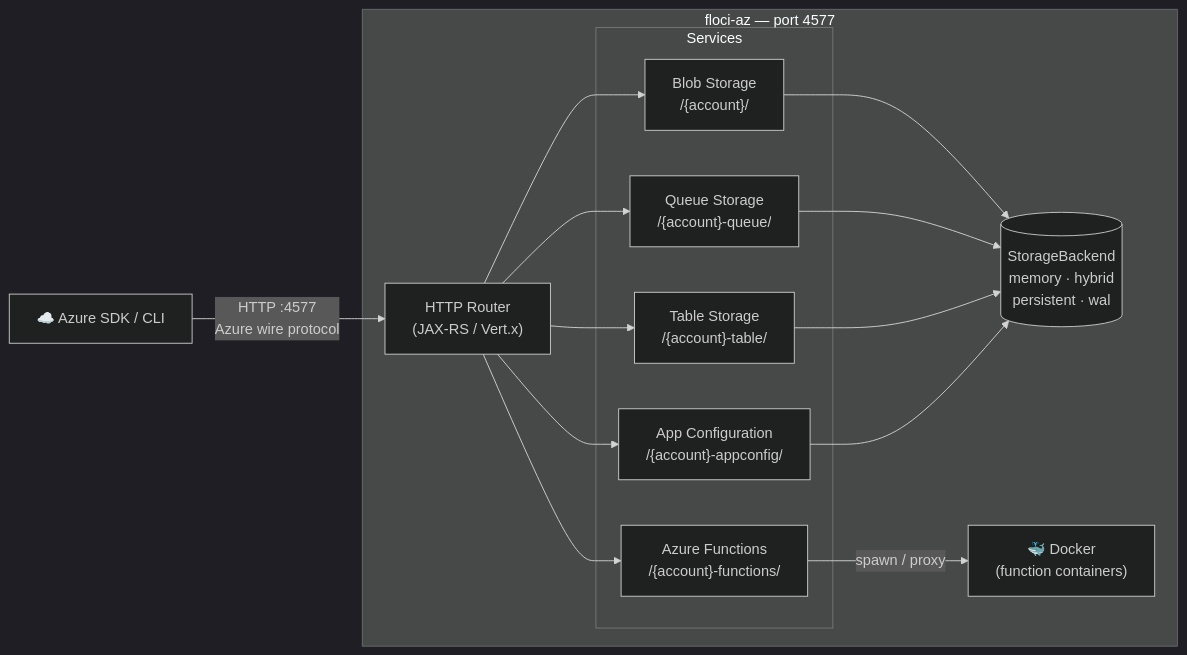
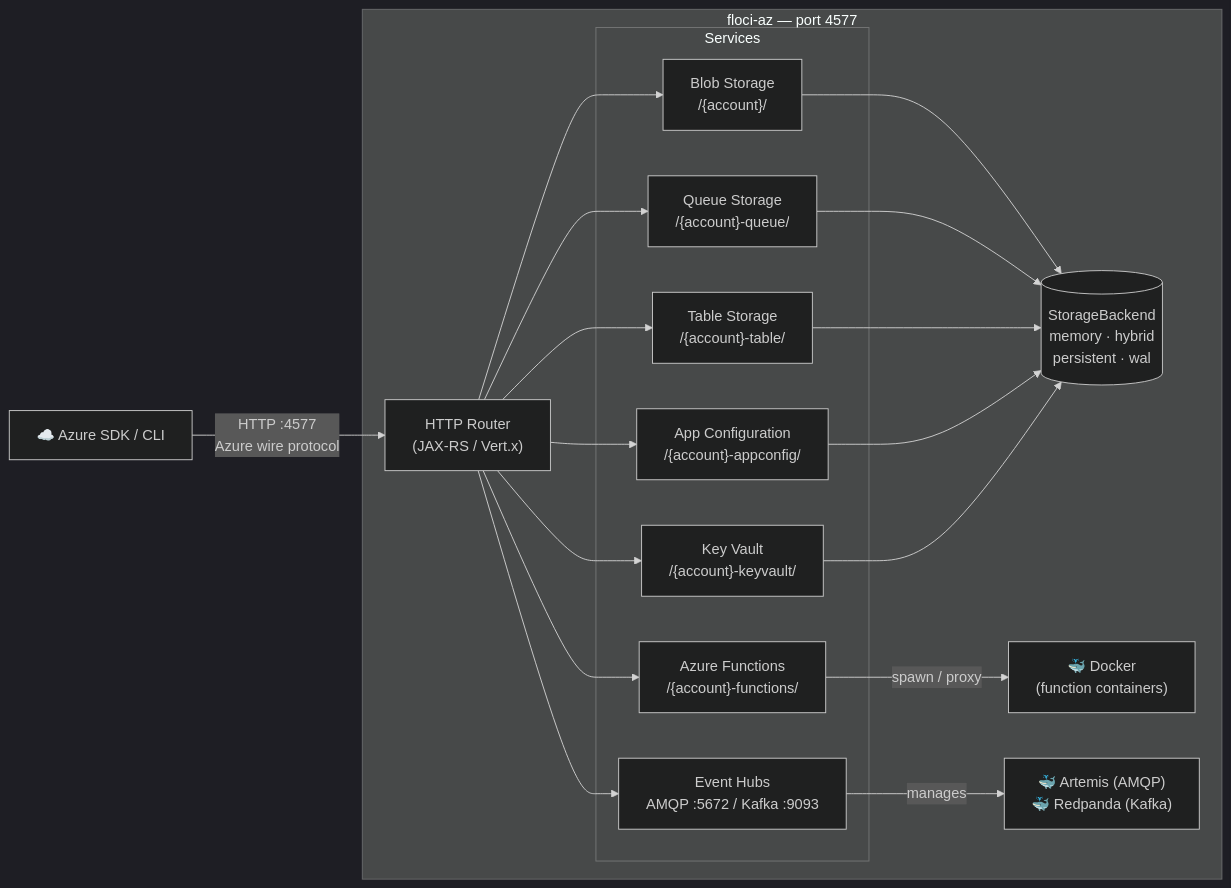
Before and after one commit to floci-io/floci-az: the diagram in README.md, drawn with Mermaid (dark theme). The commit also changed other lines of this file and 47 other files, not shown here.

````diff
--- a/README.md
+++ b/README.md
@@ -60,26 +62,31 @@
 ```mermaid
 flowchart LR
     Client["☁️ Azure SDK / CLI"]
 
     subgraph floci-az ["floci-az — port 4577"]
         Router["HTTP Router\n(JAX-RS / Vert.x)"]
 
         subgraph Services ["Services"]
             A["Blob Storage\n/{account}/"]
             B["Queue Storage\n/{account}-queue/"]
             C["Table Storage\n/{account}-table/"]
             D["Azure Functions\n/{account}-functions/"]
             E["App Configuration\n/{account}-appconfig/"]
+            F["Key Vault\n/{account}-keyvault/"]
+            G["Event Hubs\nAMQP :5672 / Kafka :9093"]
         end
 
         Router --> A
         Router --> B
         Router --> C
         Router --> D
         Router --> E
-        A & B & C & E --> Store[("StorageBackend\nmemory · hybrid\npersistent · wal")]
+        Router --> F
+        Router --> G
+        A & B & C & E & F --> Store[("StorageBackend\nmemory · hybrid\npersistent · wal")]
         D -->|"spawn / proxy"| Docker["🐳 Docker\n(function containers)"]
+        G -->|"manages"| Sidecars["🐳 Artemis (AMQP)\n🐳 Redpanda (Kafka)"]
     end
 
     Client -->|"HTTP :4577\nAzure wire protocol"| Router
 ```
````
